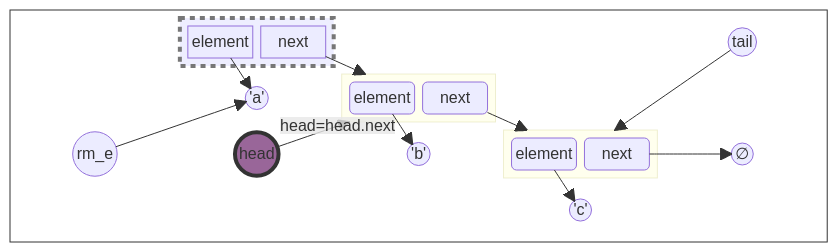
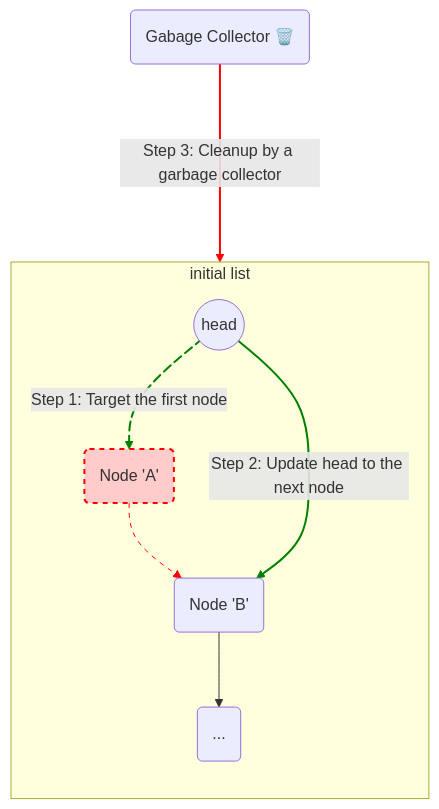
One commit to ruslylove/datastruct changed the seventh of 10 diagrams in lectures/lect-3-Singly-Linked-List.md. Above: the diagram before and after it, drawn with Mermaid. The commit also changed other lines of this file, not shown here.

Commit message:
update linked list diagram.

````diff
--- a/lectures/lect-3-Singly-Linked-List.md
+++ b/lectures/lect-3-Singly-Linked-List.md
@@ -829,65 +746,23 @@
-```mermaid {scale:0.56}
+```mermaid {scale:0.7}
 
-block-beta
+graph TD
+    subgraph initial list
+        direction TB
+        head1(("head")) e1@--Step 1: Target the first node--> A("Node 'A'") --> B("Node 'B'") --> C("...")
 
-    block:border
-
-    columns 5
-
-    
-    space
-    block:node1
-        element
-        next
+        head1 -- "Step 2: Update head to the next node" --> B
     end
 
-    space
-    space
-    tail(("tail"))
-    space
-    A(("'a'"))
-    
-    
-    block:node2
-        element2("element")
-        next2("next")
-    end
-
-    space
-    space
-    remove(("rm_e"))
-    head
-    B(("'b'"))
-
-    block:node3
-        element3("element")
-        next3("next")
-    end
-    
-    null
-
-    space
-    space
-    space
-    
-    C(("'c'"))
-
-    end
-
-    next --> node2
-    next2 --> node3
-    next3 --> null(("∅"))
-    head(("head")) --"head=head.next"--> node2
-    element --> A
-    element2 --> B
-    element3 --> C
-    tail --> node3
-    remove --> A
-
-    style node1 stroke-dasharray: 5 5,stroke-width:4,stroke:#777,fill:#eef
-    style head fill:#969,stroke:#333,stroke-width:4px
-    style border fill:#fff,stroke:#333
+            gc("Gabage Collector 🗑️") e2@== "Step 3: Cleanup by a garbage collector" ====> A
 
 
+    e1@{ animate: true, animation: slow }
+    %%e2@{ animate: true, animation: slow }
+
+    %%linkStyle 0 stroke-width:2px,stroke:blue,fill:none;
+    style A fill:#ffcccb,stroke:#f00,stroke-width:2px,stroke-dasharray: 5 5
+    linkStyle 0,3 stroke-width:2px,stroke:green,fill:none;
+    linkStyle 4 stroke-width:2px,stroke:red,fill:none;
+    linkStyle 1 stroke:red,stroke-dasharray: 5 5;
 
 ```
````
